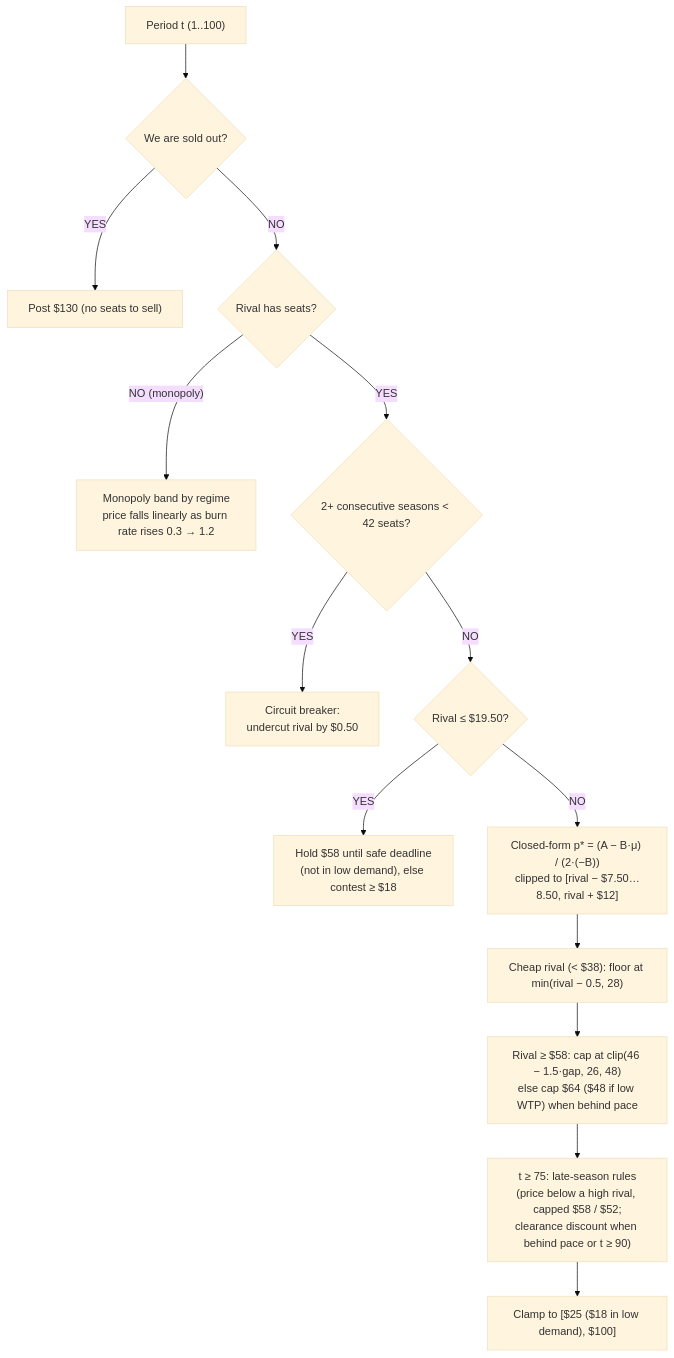
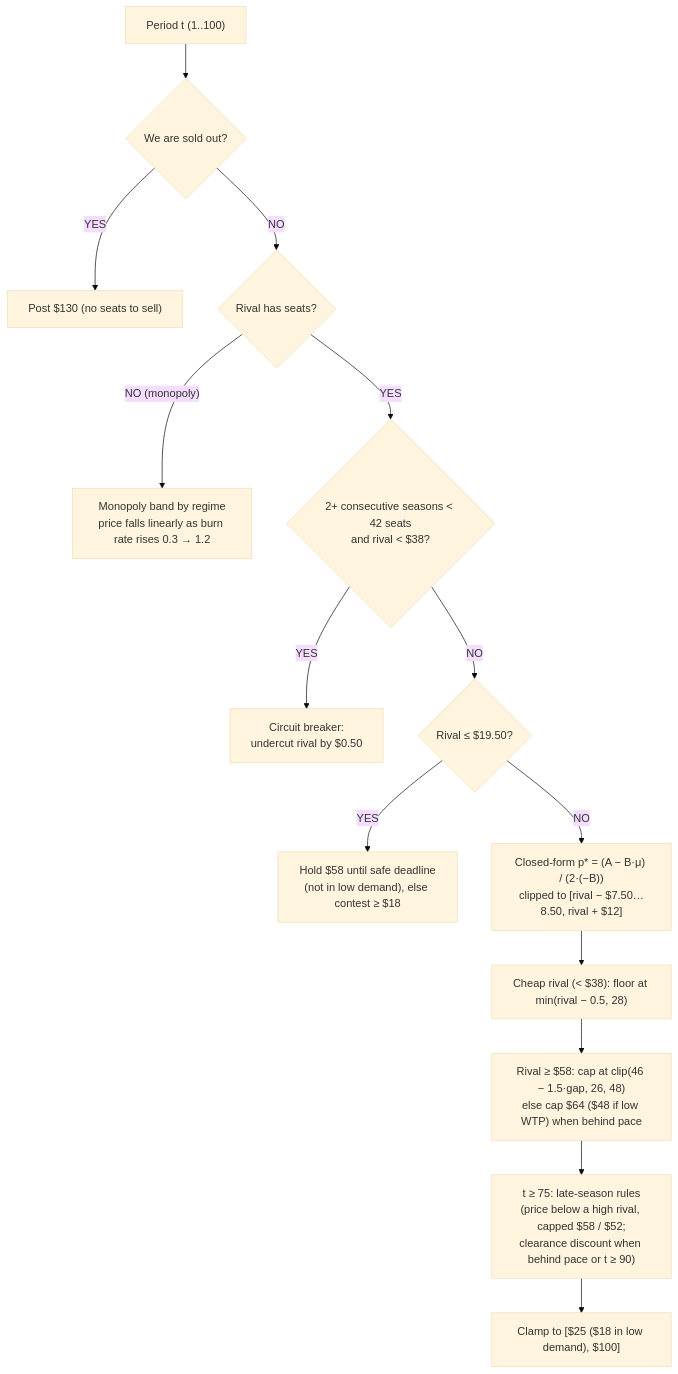
The diagram in README.md (RamezCh/Learning-Optimization), drawn with Mermaid (base theme) before and after one commit. The commit also changed other lines of this file and 12 other files, not shown here.

````diff
--- a/README.md
+++ b/README.md
@@ -375,16 +375,16 @@
 ```mermaid
 flowchart TD
     Start["Period t (1..100)"] --> SoldOut{"We are sold out?"}
     SoldOut -- "YES" --> P130["Post $130 (no seats to sell)"]
     SoldOut -- "NO" --> Rival{"Rival has seats?"}
     Rival -- "NO (monopoly)" --> Mono["Monopoly band by regime<br/>price falls linearly as burn rate rises 0.3 → 1.2"]
-    Rival -- "YES" --> CB{"2+ consecutive seasons < 42 seats?"}
+    Rival -- "YES" --> CB{"2+ consecutive seasons < 42 seats<br/>and rival < $38?"}
     CB -- "YES" --> Breaker["Circuit breaker:<br/>undercut rival by $0.50"]
     CB -- "NO" --> Deep{"Rival ≤ $19.50?"}
     Deep -- "YES" --> Hold["Hold $58 until safe deadline<br/>(not in low demand), else contest ≥ $18"]
     Deep -- "NO" --> MLR["Closed-form p* = (A − B·μ) / (2·(−B))<br/>clipped to [rival − $7.50…8.50, rival + $12]"]
     MLR --> G1["Cheap rival (< $38): floor at min(rival − 0.5, 28)"]
     G1 --> G2["Rival ≥ $58: cap at clip(46 − 1.5·gap, 26, 48)<br/>else cap $64 ($48 if low WTP) when behind pace"]
     G2 --> G3["t ≥ 75: late-season rules<br/>(price below a high rival, capped $58 / $52;<br/>clearance discount when behind pace or t ≥ 90)"]
     G3 --> Clamp["Clamp to [$25 ($18 in low demand), $100]"]
 ```
````
